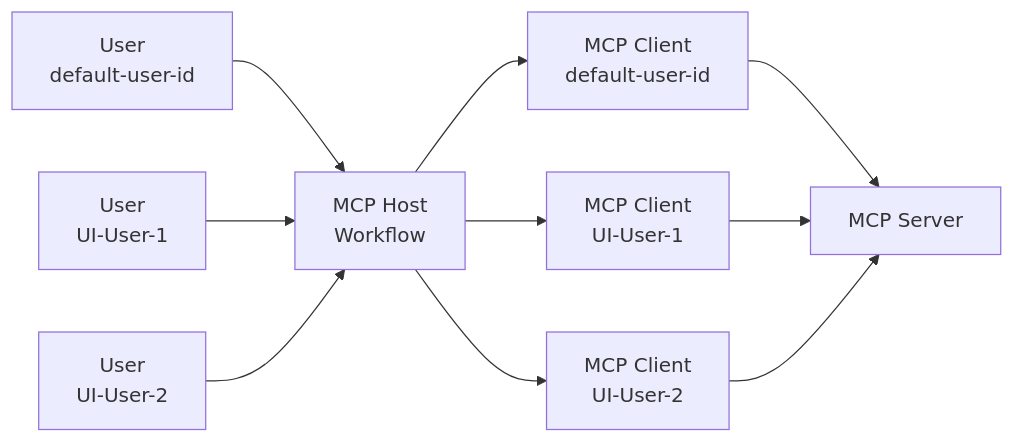
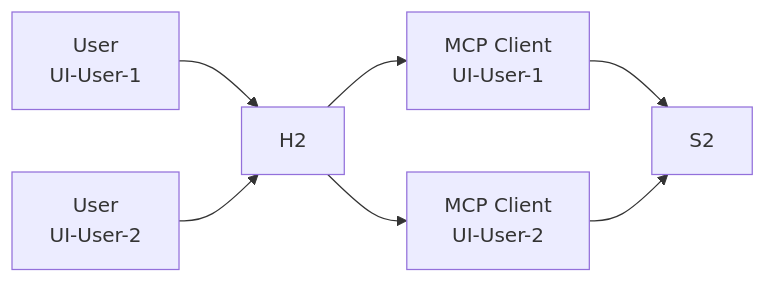
Before and after one commit to NVIDIA/NeMo-Agent-Toolkit: the second of 3 diagrams in docs/source/components/auth/mcp-auth/index.md, drawn with Mermaid. The commit also changed other lines of this file, not shown here.

````diff
--- a/docs/source/components/auth/mcp-auth/index.md
+++ b/docs/source/components/auth/mcp-auth/index.md
@@ -139,14 +131,11 @@
 ```mermaid
 flowchart LR
-  U0[User<br/>default-user-id] --> H2[MCP Host<br/>Workflow]
   U1[User<br/>UI-User-1] --> H2
   U2[User<br/>UI-User-2] --> H2
 
-  H2 --> C0[MCP Client<br/>default-user-id]
   H2 --> C1[MCP Client<br/>UI-User-1]
   H2 --> C2[MCP Client<br/>UI-User-2]
 
-  C0 --> S2[MCP Server]
   C1 --> S2
   C2 --> S2
 ```
````
